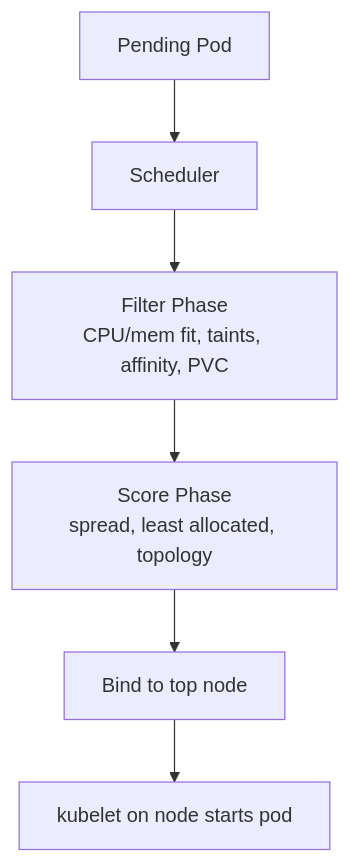
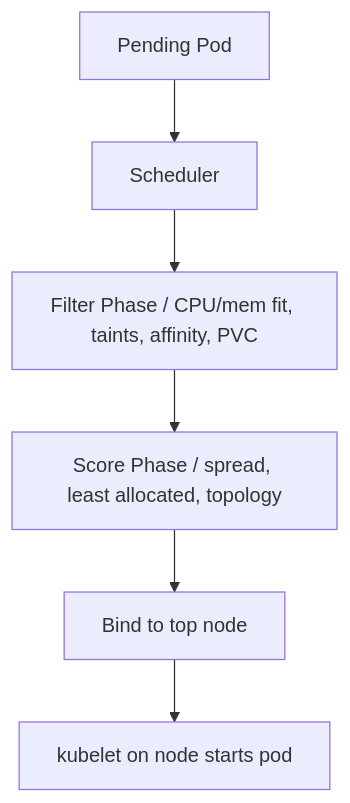
Diagram 25 of 47 in 11-cloud-and-kubernetes/README.md (hareramcse/SystemDesign), drawn with Mermaid before and after one commit. The commit also changed other lines of this file and 14 other files, not shown here.

````diff
--- a/11-cloud-and-kubernetes/README.md
+++ b/11-cloud-and-kubernetes/README.md
@@ -1260,8 +1260,8 @@
 ```mermaid
 flowchart TB
     P[Pending Pod] --> SCH[Scheduler]
-    SCH --> F[Filter Phase<br/>CPU/mem fit, taints, affinity, PVC]
-    F --> S[Score Phase<br/>spread, least allocated, topology]
+    SCH --> F[Filter Phase / CPU/mem fit, taints, affinity, PVC]
+    F --> S[Score Phase / spread, least allocated, topology]
     S --> B[Bind to top node]
     B --> K[kubelet on node starts pod]
 ```
````
